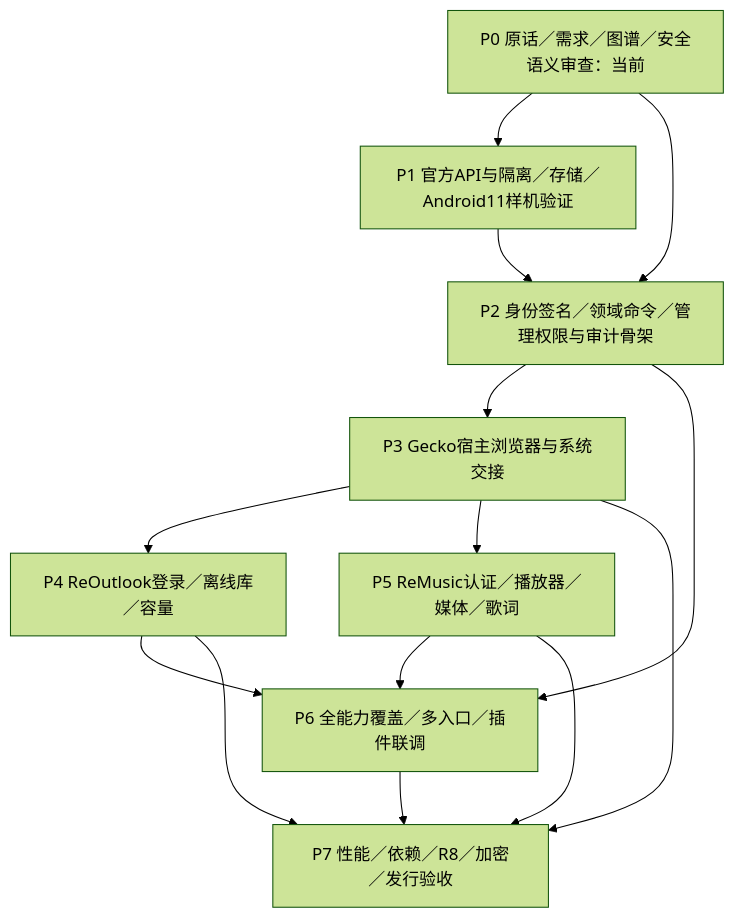
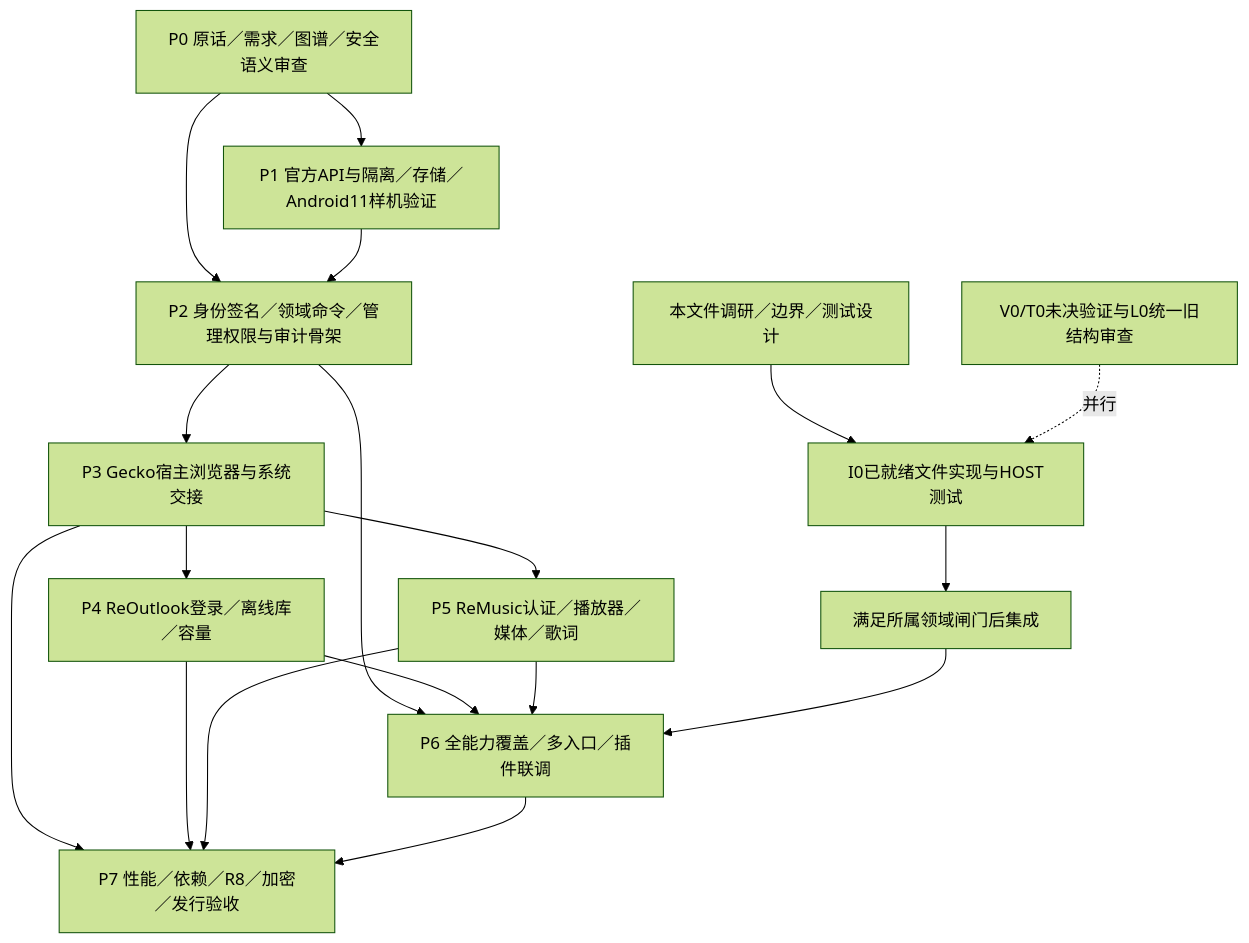
The first of 2 diagrams in planning/geckoview-v2/views/07-roadmap-and-review.md (13513208952/ReBrowser), drawn with Mermaid (forest theme) before and after one commit. The commit also changed other lines of this file and 25 other files, not shown here.

````diff
--- a/planning/geckoview-v2/views/07-roadmap-and-review.md
+++ b/planning/geckoview-v2/views/07-roadmap-and-review.md
@@ -3,16 +5,20 @@
 ```mermaid
 flowchart TD
-  P0[P0 原话／需求／图谱／安全语义审查：当前] --> P1[P1 官方API与隔离／存储／Android11样机验证]
+  P0[P0 原话／需求／图谱／安全语义审查] --> P1[P1 官方API与隔离／存储／Android11样机验证]
   P0 --> P2[P2 身份签名／领域命令／管理权限与审计骨架]
   P1 --> P2
   P2 --> P3[P3 Gecko宿主浏览器与系统交接]
   P3 --> P4[P4 ReOutlook登录／离线库／容量]
   P3 --> P5[P5 ReMusic认证／播放器／媒体／歌词]
   P2 --> P6[P6 全能力覆盖／多入口／插件联调]
   P4 --> P6
   P5 --> P6
   P3 --> P7[P7 性能／依赖／R8／加密／发行验收]
   P4 --> P7
   P5 --> P7
   P6 --> P7
+  FILE[本文件调研／边界／测试设计] --> I0[I0已就绪文件实现与HOST测试]
+  I0 --> INTEGRATE[满足所属领域闸门后集成]
+  INTEGRATE --> P6
+  PARALLEL[V0/T0未决验证与L0统一旧结构审查] -.并行.-> I0
 ```
````
